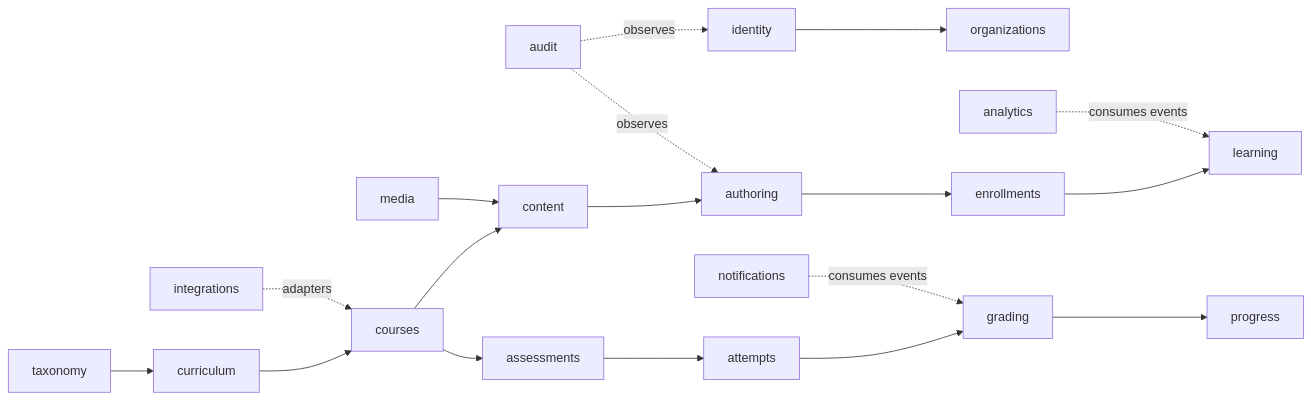
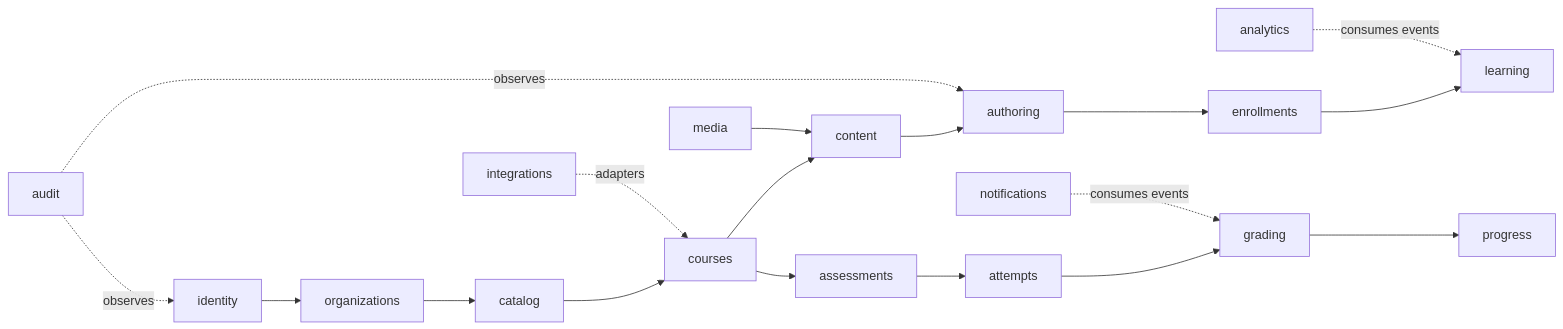
One commit to DuvanMontoya/LMS changed the third of 9 diagrams in docs/architecture/ARCHITECTURE.md. Above: the diagram before and after it, drawn with Mermaid. The commit also changed other lines of this file and 73 other files, not shown here.

````diff
--- a/docs/architecture/ARCHITECTURE.md
+++ b/docs/architecture/ARCHITECTURE.md
@@ -44,20 +44,20 @@
 ```mermaid
 flowchart LR
   identity --> organizations
-  taxonomy --> curriculum
-  curriculum --> courses
+  organizations --> catalog
+  catalog --> courses
   courses --> content
   content --> authoring
   authoring --> enrollments
   enrollments --> learning
   assessments --> attempts
   attempts --> grading
   grading --> progress
   courses --> assessments
   media --> content
   audit -. observes .-> identity
   audit -. observes .-> authoring
   analytics -. consumes events .-> learning
   notifications -. consumes events .-> grading
   integrations -. adapters .-> courses
 ```
````
